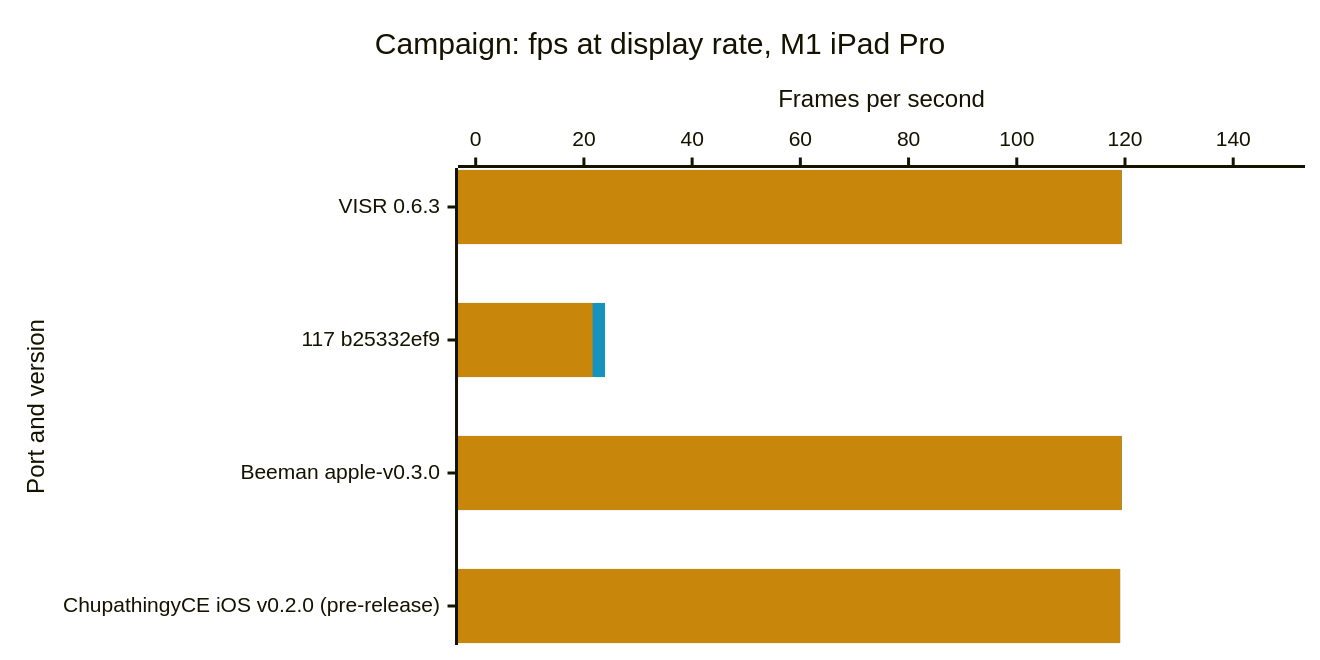
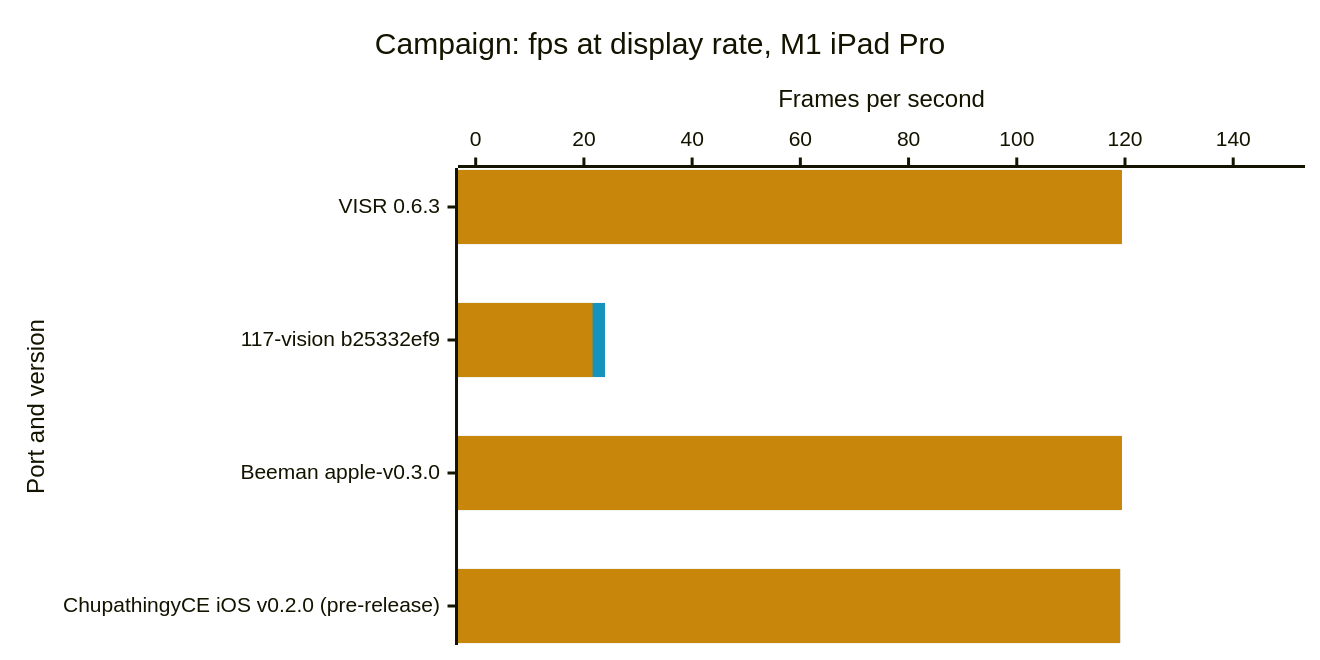
The second of 6 diagrams in docs/benchmarks.md (steverice/visr), drawn with Mermaid before and after one commit. The commit also changed other lines of this file and 5 other files, not shown here.

First line of the commit message:
📝 docs(benchmarks): rename the 117 rows to 117-vision and link them to the pinned commit — `sheet_export.release_url` now maps pinned source builds through `SOURCE_COMMIT_PAGES`, and the snapshot and pages are regenerated from the sheet

````diff
--- a/docs/benchmarks.md
+++ b/docs/benchmarks.md
@@ -48,17 +48,17 @@
 ```mermaid
 ---
 config:
   xyChart:
     width: 860
     height: 420
   themeVariables:
     xyChart:
       plotColorPalette: "#1593bd, #c8870a"
 ---
 xychart-beta horizontal
     title "Campaign: fps at display rate, M1 iPad Pro"
-    x-axis "Port and version" ["VISR 0.6.3", "117 b25332ef9", "Beeman apple-v0.3.0", "ChupathingyCE iOS v0.2.0 (pre-release)"]
+    x-axis "Port and version" ["VISR 0.6.3", "117-vision b25332ef9", "Beeman apple-v0.3.0", "ChupathingyCE iOS v0.2.0 (pre-release)"]
     y-axis "Frames per second" 0 --> 150
     bar [119.4, 23.9, 119.4, 119.1]
     bar [119.4, 21.6, 119.4, 119.1]
 ```
````
